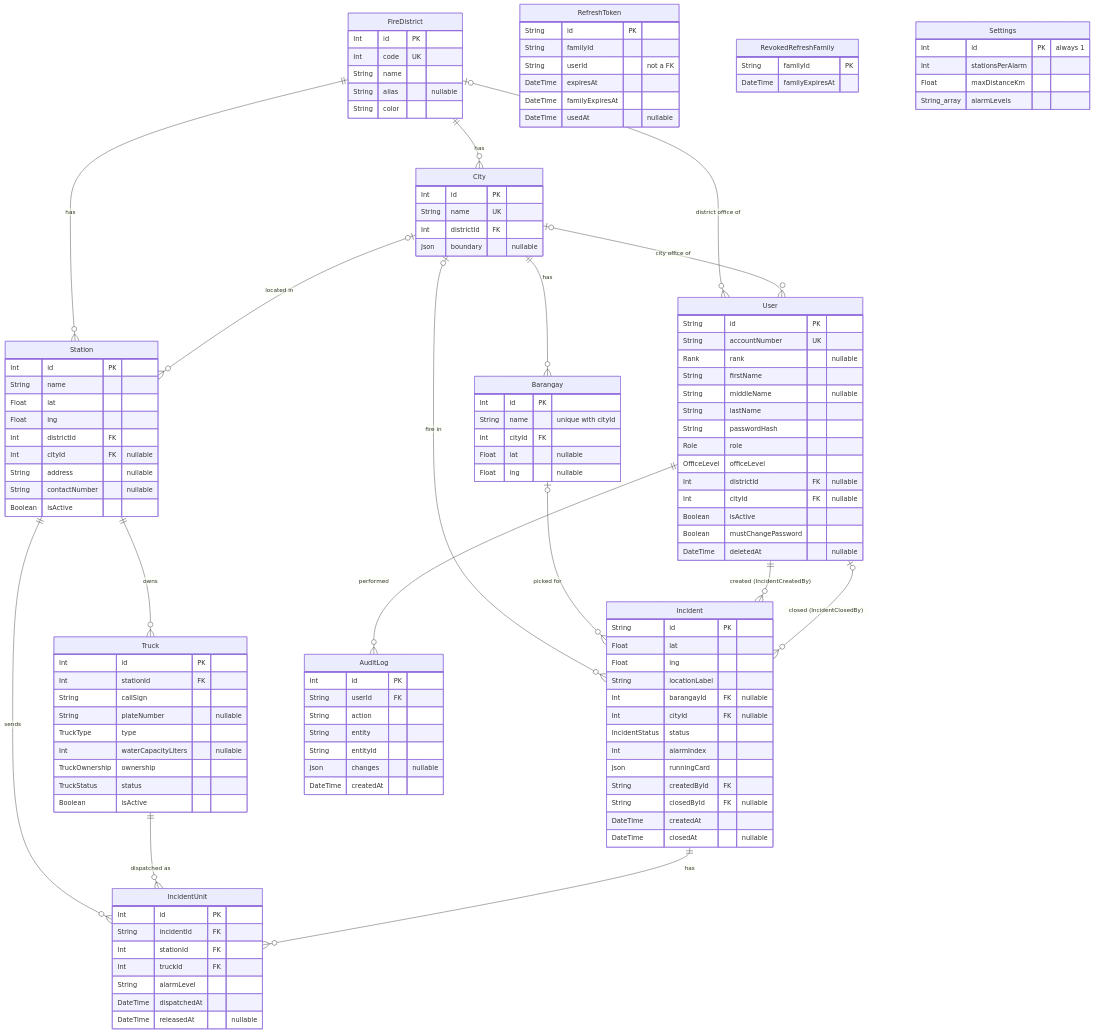
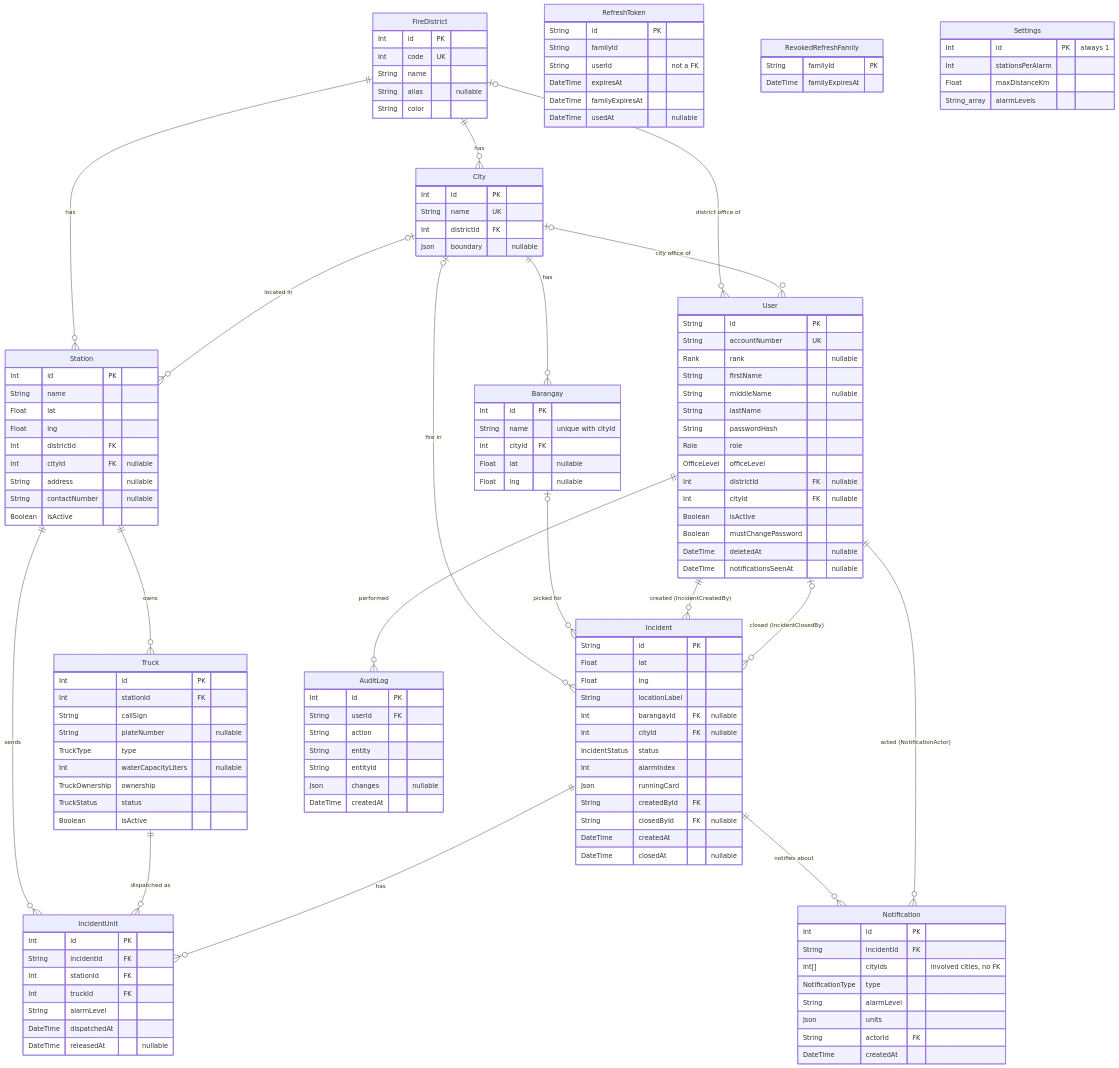
Before and after one commit to geofreybazar/runningcardsystem: the diagram in docs/database/erd.md, drawn with Mermaid. The commit also changed 27 other files, not shown here.

First line of the commit message:
Notify involved cities, their districts and the Regional office of dispatches

```diff
--- a/docs/database/erd.md
+++ b/docs/database/erd.md
@@ -19,6 +19,8 @@
   User ||--o{ Incident : "created (IncidentCreatedBy)"
   User |o--o{ Incident : "closed (IncidentClosedBy)"
   User ||--o{ AuditLog : "performed"
+  Incident ||--o{ Notification : "notifies about"
+  User ||--o{ Notification : "acted (NotificationActor)"
 
   FireDistrict {
     Int id PK
@@ -77,6 +79,17 @@
     Boolean isActive
     Boolean mustChangePassword
     DateTime deletedAt "nullable"
+    DateTime notificationsSeenAt "nullable"
+  }
+  Notification {
+    Int id PK
+    String incidentId FK
+    Int[] cityIds "involved cities, no FK"
+    NotificationType type
+    String alarmLevel
+    Json units
+    String actorId FK
+    DateTime createdAt
   }
   Incident {
     String id PK
```
